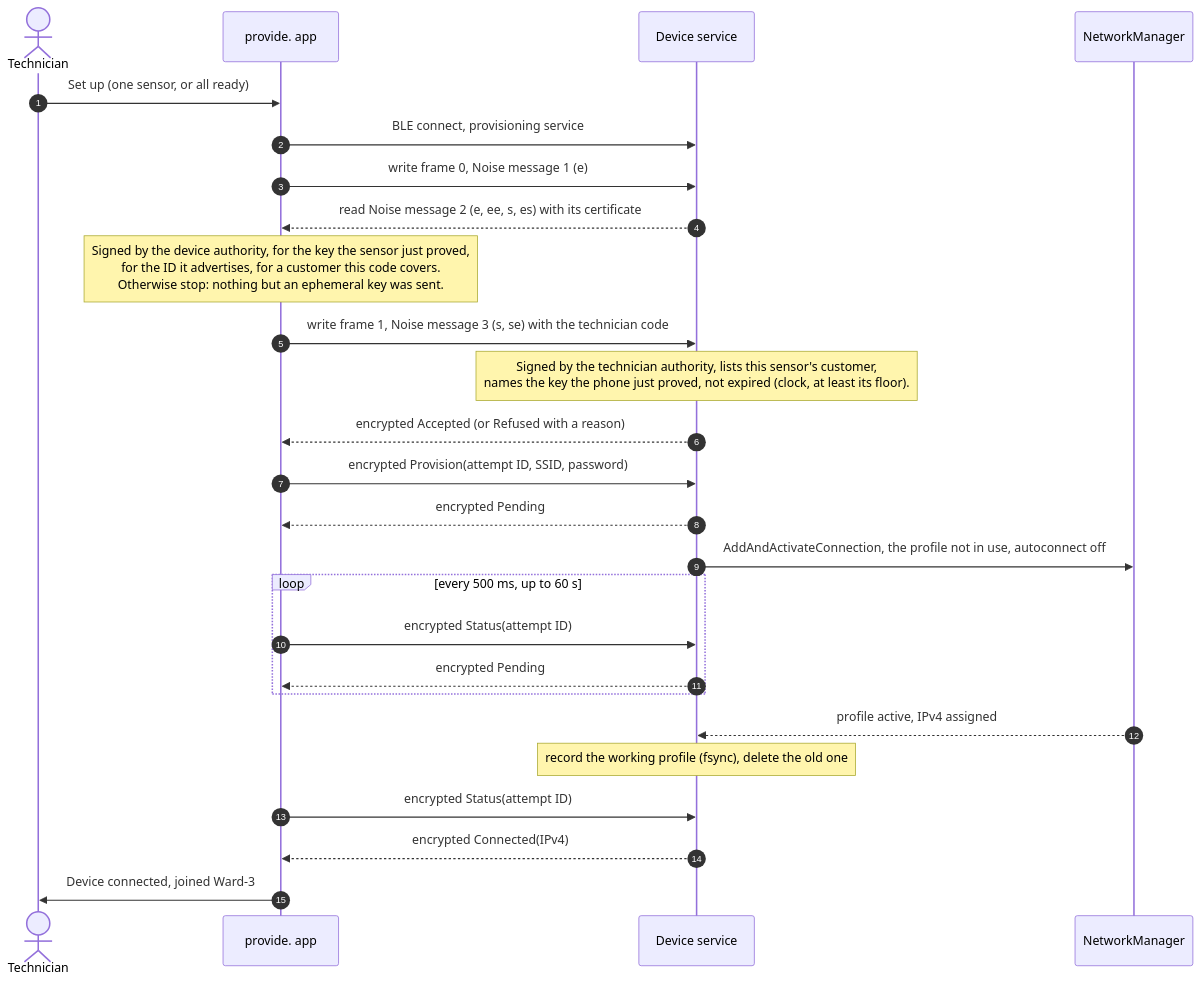
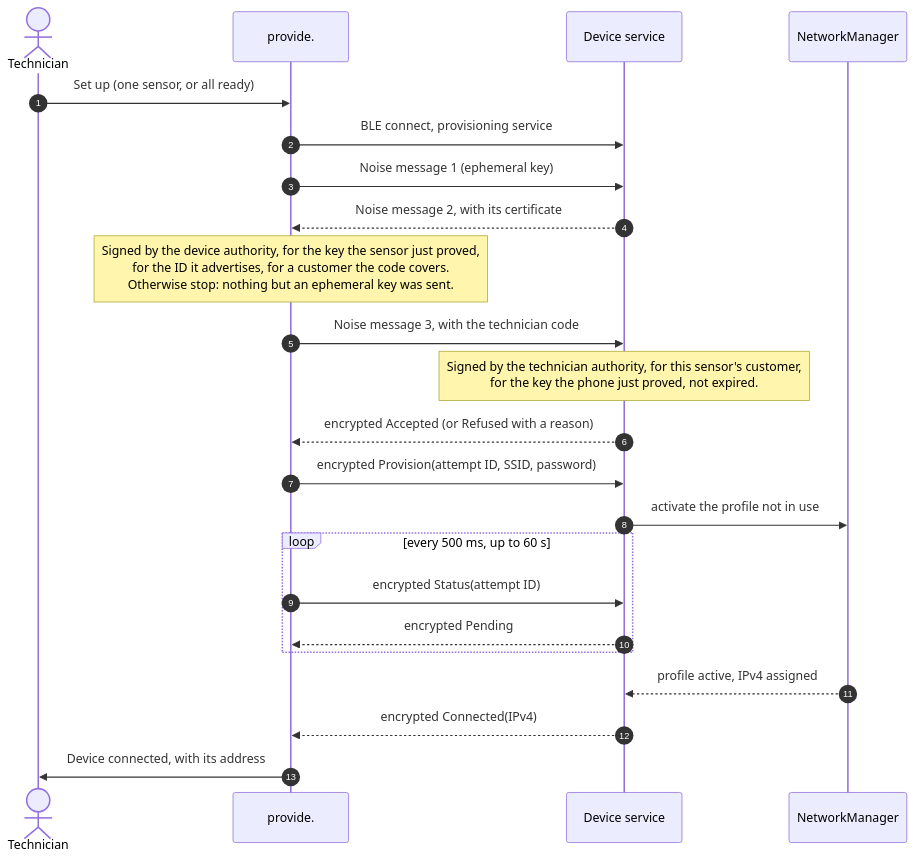
One commit to NoeBrt/Teton-Provide changed the second of 3 diagrams in docs/ARCHITECTURE.md. Above: the diagram before and after it, drawn with Mermaid. The commit also changed other lines of this file and 8 other files, not shown here.

First line of the commit message:
docs: README tech stack, architecture, security, tests, test setup

````diff
--- a/docs/ARCHITECTURE.md
+++ b/docs/ARCHITECTURE.md
@@ -145,28 +79,25 @@
 ```mermaid
 sequenceDiagram
     autonumber
     actor T as Technician
-    participant P as provide. app
+    participant P as provide.
     participant D as Device service
     participant N as NetworkManager
     T->>P: Set up (one sensor, or all ready)
     P->>D: BLE connect, provisioning service
-    P->>D: write frame 0, Noise message 1 (e)
-    D-->>P: read Noise message 2 (e, ee, s, es) with its certificate
-    Note over P: Signed by the device authority, for the key the sensor just proved,<br/>for the ID it advertises, for a customer this code covers.<br/>Otherwise stop: nothing but an ephemeral key was sent.
-    P->>D: write frame 1, Noise message 3 (s, se) with the technician code
-    Note over D: Signed by the technician authority, lists this sensor's customer,<br/>names the key the phone just proved, not expired (clock, at least its floor).
+    P->>D: Noise message 1 (ephemeral key)
+    D-->>P: Noise message 2, with its certificate
+    Note over P: Signed by the device authority, for the key the sensor just proved,<br/>for the ID it advertises, for a customer the code covers.<br/>Otherwise stop: nothing but an ephemeral key was sent.
+    P->>D: Noise message 3, with the technician code
+    Note over D: Signed by the technician authority, for this sensor's customer,<br/>for the key the phone just proved, not expired.
     D-->>P: encrypted Accepted (or Refused with a reason)
     P->>D: encrypted Provision(attempt ID, SSID, password)
-    D-->>P: encrypted Pending
-    D->>N: AddAndActivateConnection, the profile not in use, autoconnect off
+    D->>N: activate the profile not in use
     loop every 500 ms, up to 60 s
         P->>D: encrypted Status(attempt ID)
         D-->>P: encrypted Pending
     end
     N-->>D: profile active, IPv4 assigned
-    Note over D: record the working profile (fsync), delete the old one
-    P->>D: encrypted Status(attempt ID)
     D-->>P: encrypted Connected(IPv4)
-    P->>T: Device connected, joined Ward-3
+    P->>T: Device connected, with its address
 ```
````
